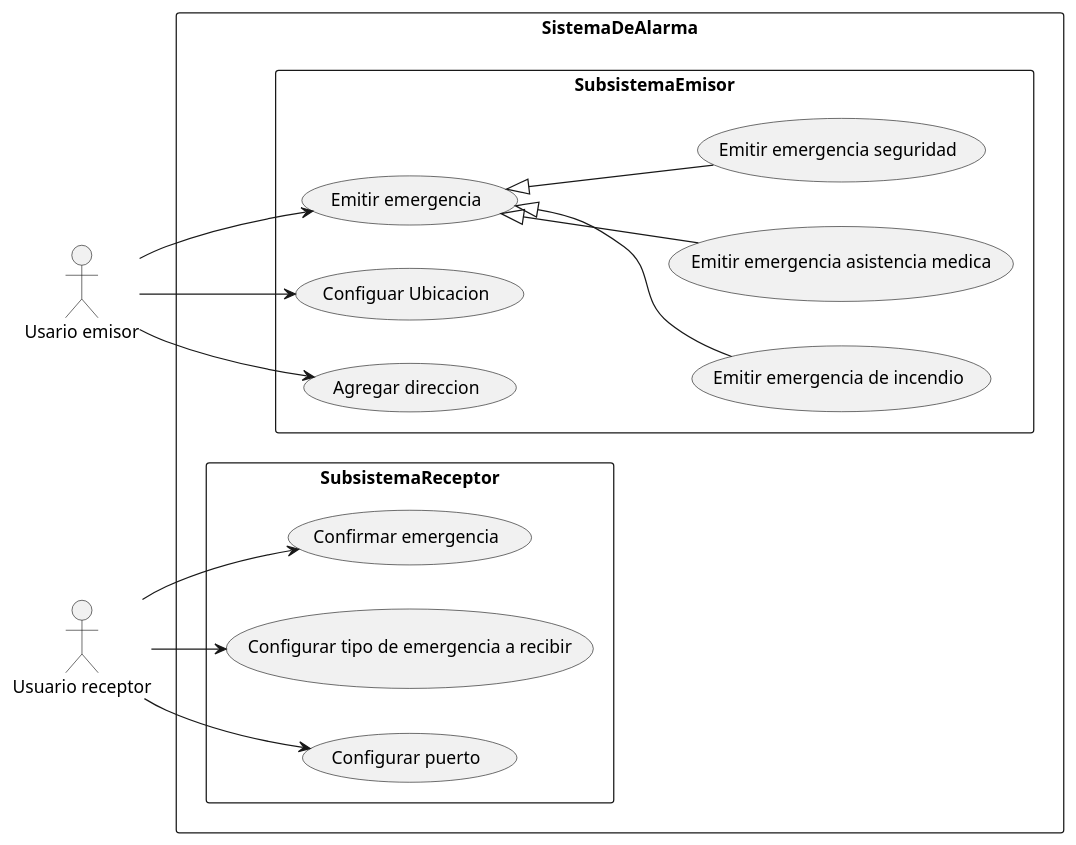
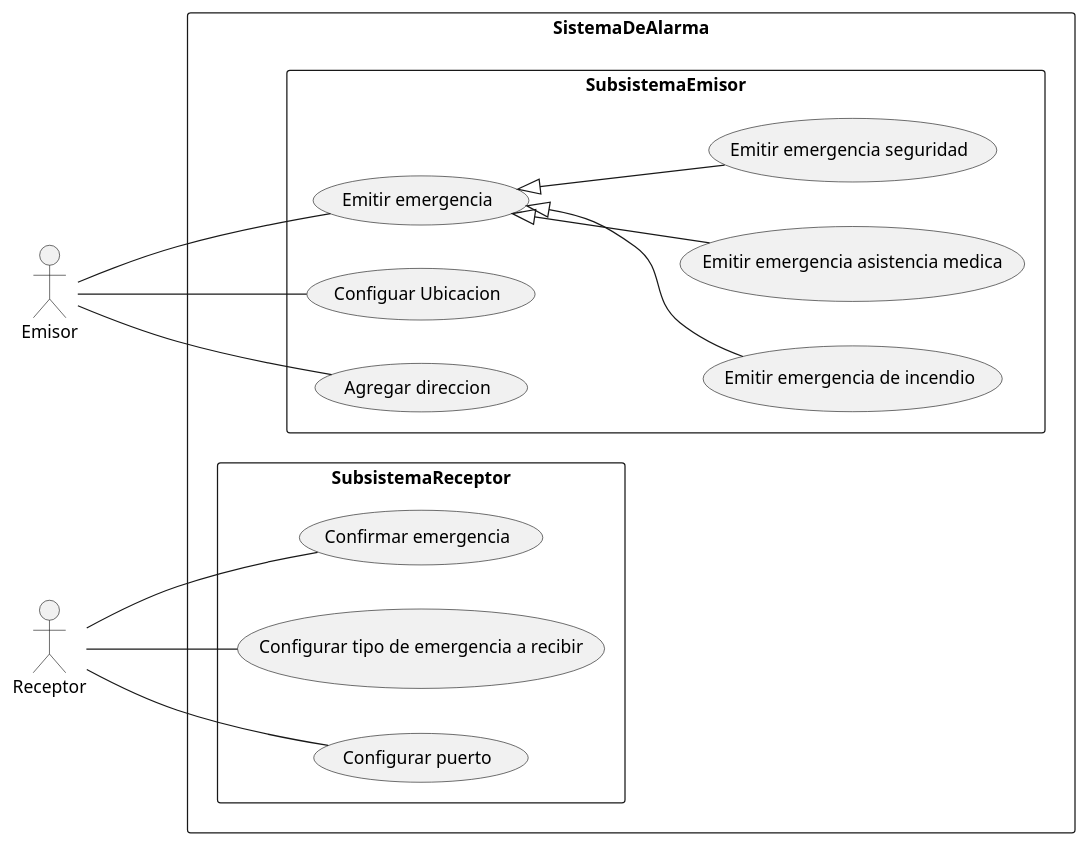
Before and after one commit to matienzo01/TrabajoAyD: the diagram in Diagramas UML 01 de mayo/useCases.plantuml, drawn with PlantUML. The commit also changed 20 other files, not shown here.

Commit message:
Agregado diagrama de despliegue

```diff
--- a/Diagramas UML 01 de mayo/useCases.plantuml
+++ b/Diagramas UML 01 de mayo/useCases.plantuml
@@ -1,30 +1,30 @@
 @startuml prueba
 left to right direction
 skinparam monochrome true
-actor "Usario emisor" as a1
+actor "Emisor" as a1
 rectangle SistemaDeAlarma{
     rectangle SubsistemaEmisor{
         usecase "Emitir emergencia" as UC1
         usecase "Emitir emergencia de incendio" as UC2
         usecase "Emitir emergencia asistencia medica" as UC3
         usecase "Emitir emergencia seguridad" as UC4
         usecase "Configuar Ubicacion" as UC8
         usecase "Agregar direccion" as UC9
         UC1<|-- UC2
         UC1<|-- UC3
         UC1<|-- UC4
     }
     rectangle SubsistemaReceptor{
         usecase "Confirmar emergencia" as UC6
         usecase "Configurar tipo de emergencia a recibir" as UC7
         usecase "Configurar puerto" as UC10
     }
 }
-actor "Usuario receptor" as a2
-a1-->UC1
-a1-->UC8
-a1-->UC9
-a2-->UC6
-a2-->UC7
-a2-->UC10
+actor "Receptor" as a2
+a1---UC1
+a1---UC8
+a1---UC9
+a2---UC6
+a2---UC7
+a2---UC10
 @enduml
```
